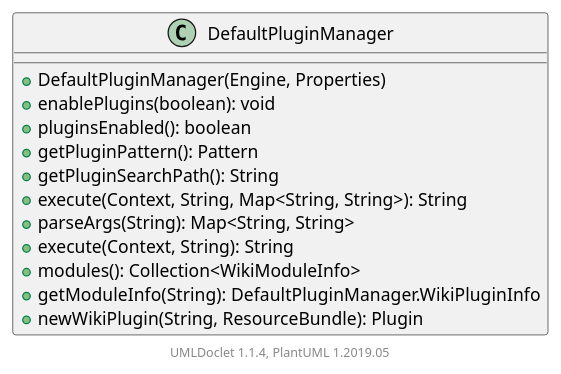
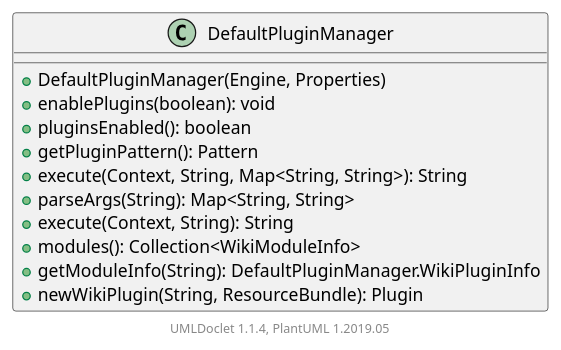
Before and after one commit to apache/jspwiki-site: the diagram in apidocs/2.11.0.M7-SNAPSHOT/org/apache/wiki/plugin/DefaultPluginManager.puml, drawn with PlantUML. The commit also changed 1311 other files, not shown here.

```diff
--- a/apidocs/2.11.0.M7-SNAPSHOT/org/apache/wiki/plugin/DefaultPluginManager.puml
+++ b/apidocs/2.11.0.M7-SNAPSHOT/org/apache/wiki/plugin/DefaultPluginManager.puml
@@ -1,19 +1,18 @@
 @startuml
 
     class DefaultPluginManager [[DefaultPluginManager.html]] {
         +DefaultPluginManager(Engine, Properties)
         +enablePlugins(boolean): void
         +pluginsEnabled(): boolean
         +getPluginPattern(): Pattern
-        +getPluginSearchPath(): String
         +execute(Context, String, Map<String, String>): String
         +parseArgs(String): Map<String, String>
         +execute(Context, String): String
         +modules(): Collection<WikiModuleInfo>
         +getModuleInfo(String): DefaultPluginManager.WikiPluginInfo
         +newWikiPlugin(String, ResourceBundle): Plugin
     }
 
 
     center footer UMLDoclet 1.1.4, PlantUML 1.2019.05
 @enduml
```
